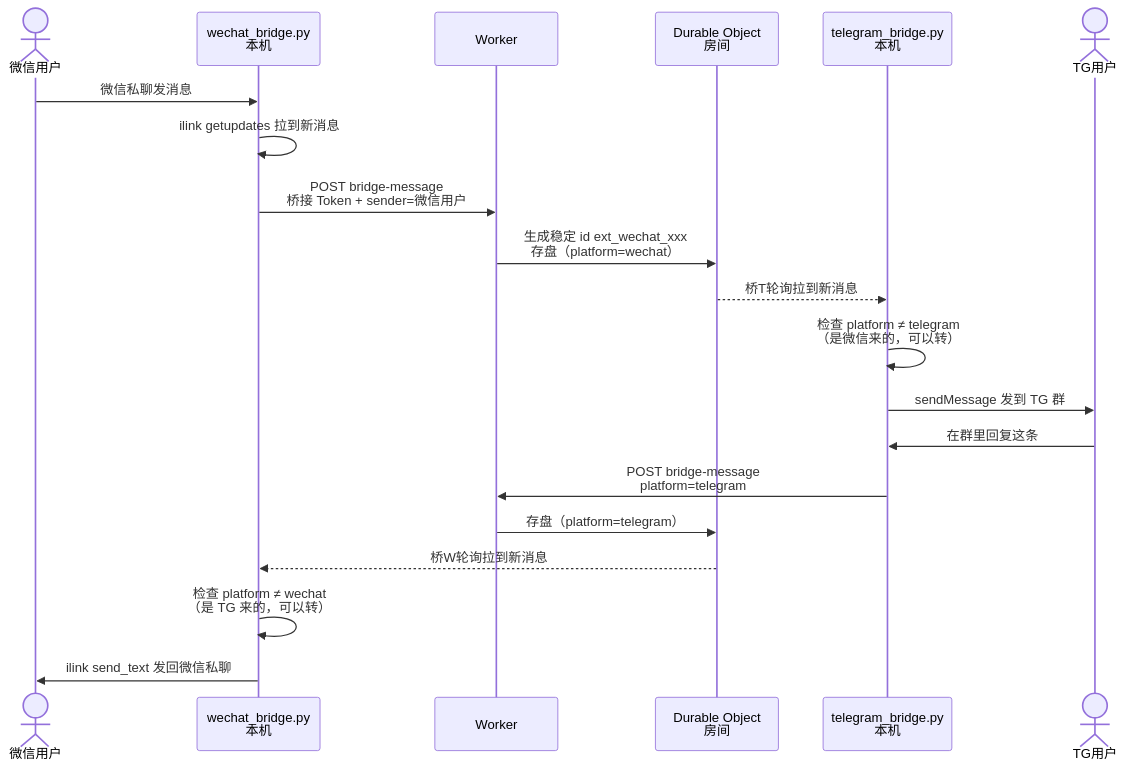
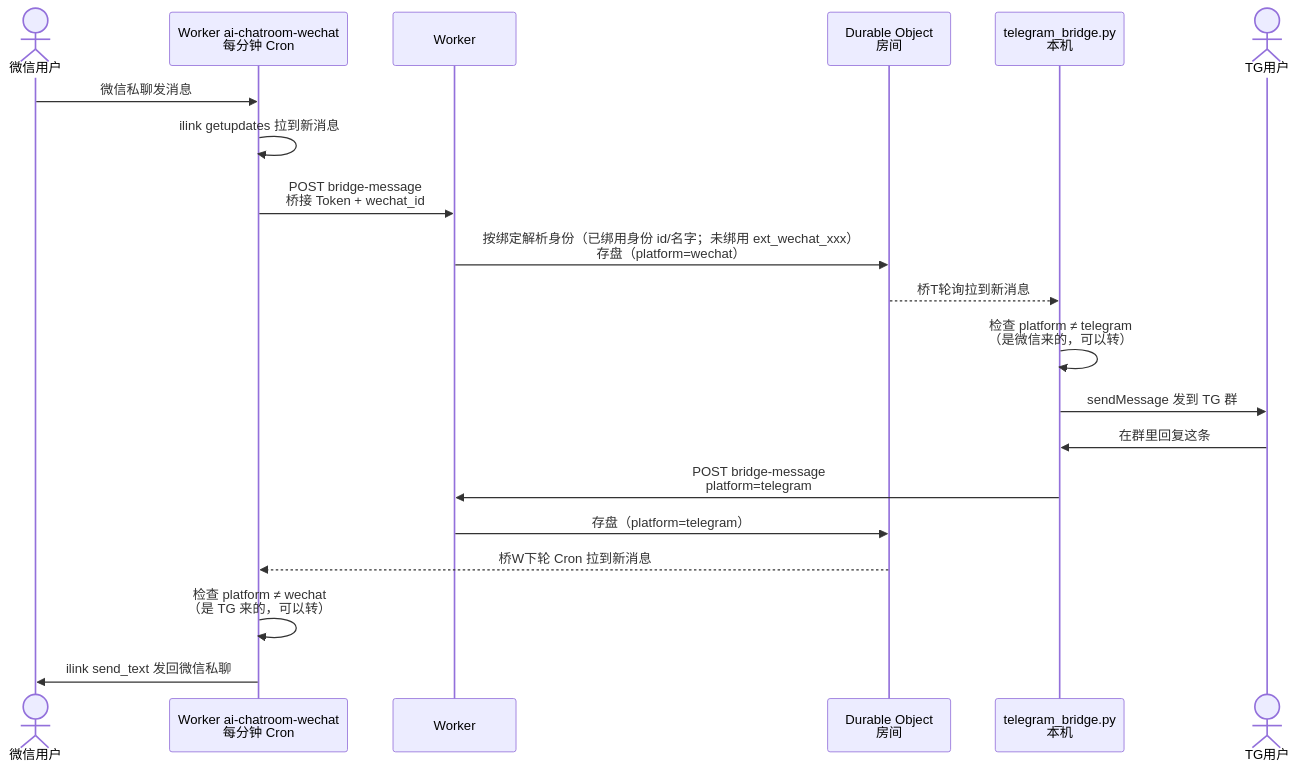
One commit to lucaslml0/ai-chatroom changed the fourth of 7 diagrams in ARCHITECTURE.md. Above: the diagram before and after it, drawn with Mermaid. The commit also changed other lines of this file and 20 other files, not shown here.

Commit message:
Merge wechat-worker-bridge into master: v2.6 (clear/retention/online) + WeChat Worker bridge + owner set-rules + Grok code (parked)

````diff
--- a/ARCHITECTURE.md
+++ b/ARCHITECTURE.md
@@ -140,22 +141,22 @@
 ```mermaid
 sequenceDiagram
     actor 微信用户
-    participant 桥W as wechat_bridge.py<br/>本机
+    participant 桥W as Worker ai-chatroom-wechat<br/>每分钟 Cron
     participant Worker as Worker
     participant DO as Durable Object<br/>房间
     participant 桥T as telegram_bridge.py<br/>本机
     actor TG用户
     微信用户->>桥W: 微信私聊发消息
     桥W->>桥W: ilink getupdates 拉到新消息
-    桥W->>Worker: POST bridge-message<br/>桥接 Token + sender=微信用户
-    Worker->>DO: 生成稳定 id ext_wechat_xxx<br/>存盘（platform=wechat）
+    桥W->>Worker: POST bridge-message<br/>桥接 Token + wechat_id
+    Worker->>DO: 按绑定解析身份（已绑用身份 id/名字；未绑用 ext_wechat_xxx）<br/>存盘（platform=wechat）
     DO-->>桥T: 桥T轮询拉到新消息
     桥T->>桥T: 检查 platform ≠ telegram<br/>（是微信来的，可以转）
     桥T->>TG用户: sendMessage 发到 TG 群
     TG用户->>桥T: 在群里回复这条
     桥T->>Worker: POST bridge-message<br/>platform=telegram
     Worker->>DO: 存盘（platform=telegram）
-    DO-->>桥W: 桥W轮询拉到新消息
+    DO-->>桥W: 桥W下轮 Cron 拉到新消息
     桥W->>桥W: 检查 platform ≠ wechat<br/>（是 TG 来的，可以转）
     桥W->>微信用户: ilink send_text 发回微信私聊
 ```
````
